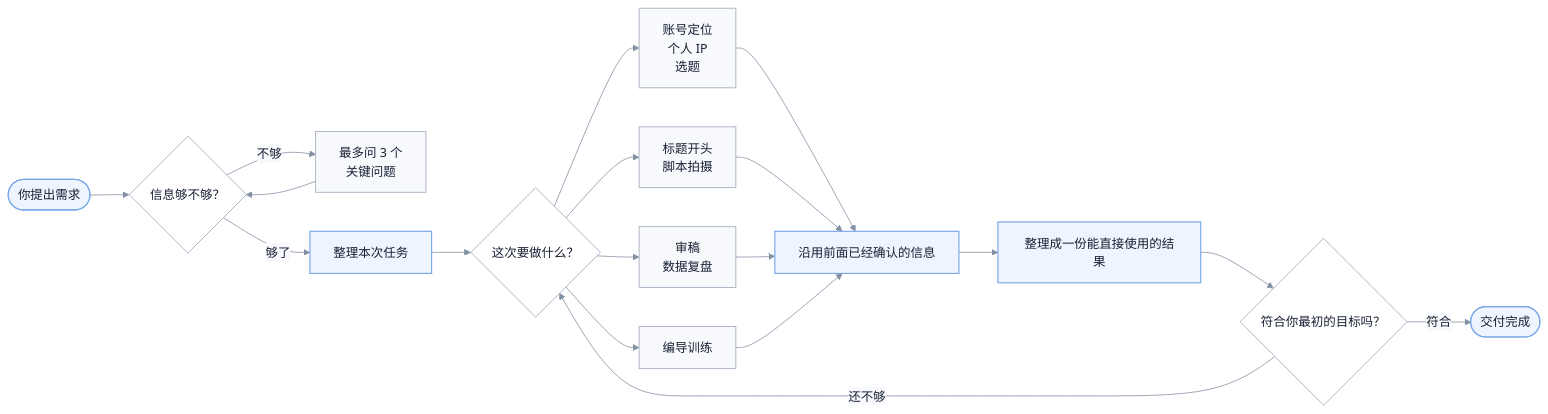
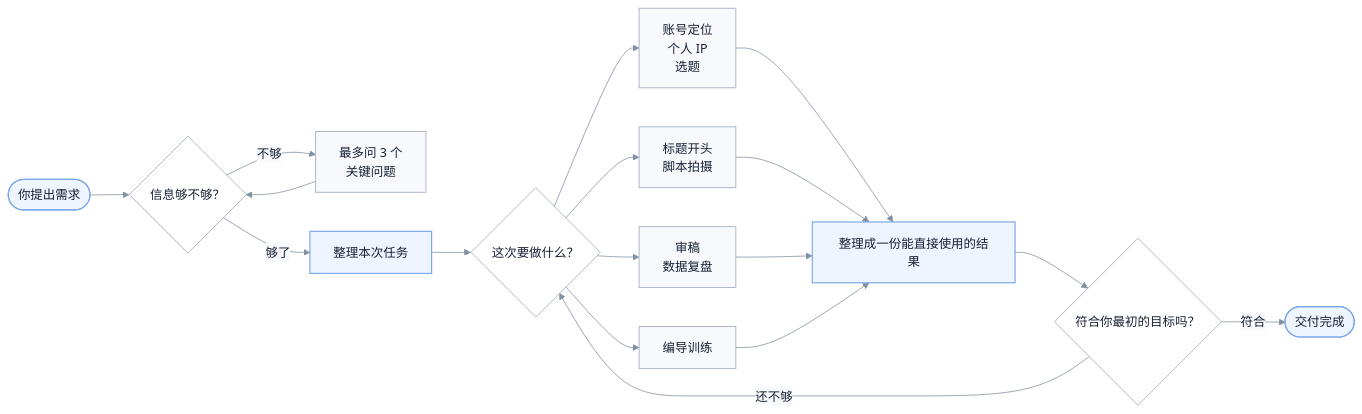
The second of 2 diagrams in README.md (Eliotcute/human-best-video-director), drawn with Mermaid before and after one commit. The commit also changed other lines of this file and 2 other files, not shown here.

Commit message:
Add project architecture and publishing links

````diff
--- a/README.md
+++ b/README.md
@@ -85,30 +145,27 @@
 ```mermaid
 %%{init: {"theme":"base","themeVariables":{"background":"#ffffff","primaryColor":"#eef5ff","primaryTextColor":"#172033","primaryBorderColor":"#7aa7e8","lineColor":"#8290a3","secondaryColor":"#f7f9fc","tertiaryColor":"#ffffff","fontFamily":"-apple-system, BlinkMacSystemFont, Segoe UI, sans-serif"},"flowchart":{"curve":"basis"}}}%%
 flowchart LR
     U(["你提出需求"]) --> G{"信息够不够？"}
     G -- "不够" --> Q["最多问 3 个<br/>关键问题"]
     Q --> G
     G -- "够了" --> B["整理本次任务"]
-
     B --> R{"这次要做什么？"}
     R --> A["账号定位<br/>个人 IP<br/>选题"]
     R --> C["标题开头<br/>脚本拍摄"]
     R --> D["审稿<br/>数据复盘"]
     R --> T["编导训练"]
-
-    A --> H["沿用前面已经确认的信息"]
-    C --> H
-    D --> H
-    T --> H
-    H --> O["整理成一份能直接使用的结果"]
+    A --> O["整理成一份能直接使用的结果"]
+    C --> O
+    D --> O
+    T --> O
     O --> V{"符合你最初的目标吗？"}
     V -- "还不够" --> R
     V -- "符合" --> Z(["交付完成"])
 
     classDef main fill:#eef5ff,stroke:#7aa7e8,color:#172033,stroke-width:1.5px;
     classDef plain fill:#ffffff,stroke:#aab4c3,color:#172033,stroke-width:1.2px;
     classDef branch fill:#f7f9fc,stroke:#aab4c3,color:#172033,stroke-width:1.2px;
-    class U,B,H,O,Z main;
+    class U,B,O,Z main;
     class G,R,V plain;
     class Q,A,C,D,T branch;
 ```
````
